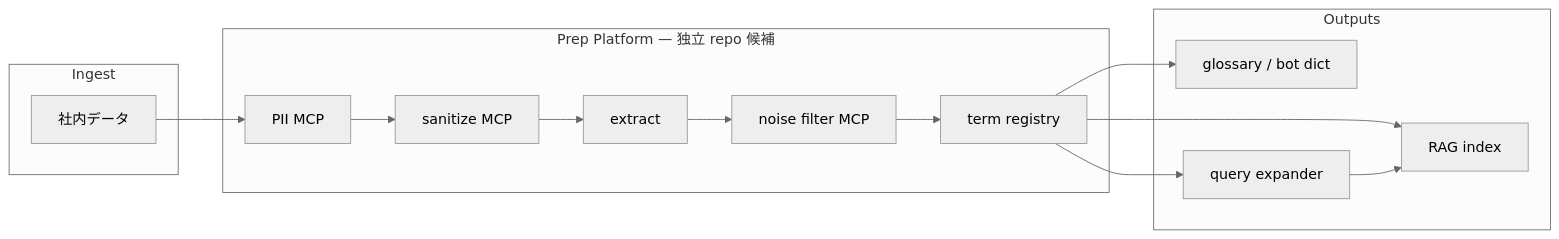
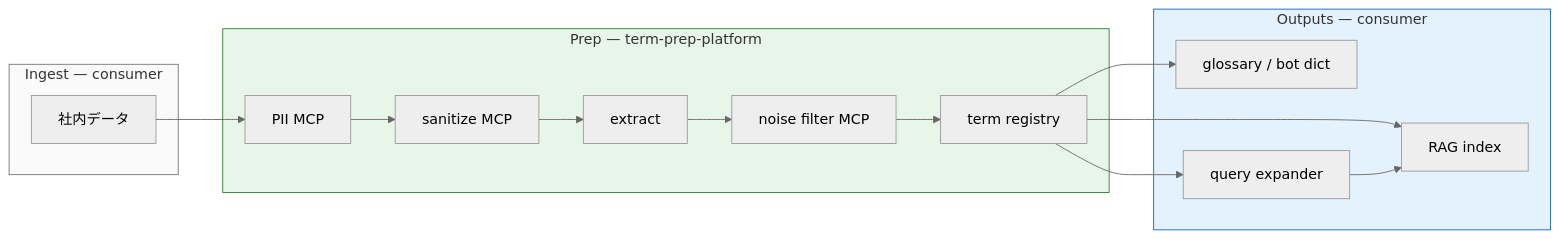
One commit to wombat2006/term-prep-platform changed the diagram in meta/TO-BE-PLATFORM.md. Above: the diagram before and after it, drawn with Mermaid (neutral theme). The commit also changed other lines of this file and 8 other files, not shown here.

First line of the commit message:
docs: document platform scope and update UML diagrams

````diff
--- a/meta/TO-BE-PLATFORM.md
+++ b/meta/TO-BE-PLATFORM.md
@@ -23,23 +36,27 @@
 ```mermaid
 flowchart LR
-  subgraph ingest [Ingest]
+  subgraph ingest ["Ingest — consumer"]
     D[社内データ]
   end
-  subgraph prep [Prep Platform — 独立 repo 候補]
+  subgraph prep ["Prep — term-prep-platform"]
     PII[PII MCP]
     SAN[sanitize MCP]
     EXT[extract]
     NF[noise filter MCP]
     REG[term registry]
   end
-  subgraph out [Outputs]
+  subgraph out ["Outputs — consumer"]
     RAG[RAG index]
     GLO[glossary / bot dict]
     QX[query expander]
   end
   D --> PII --> SAN --> EXT --> NF --> REG
   REG --> RAG
   REG --> GLO
   REG --> QX
   QX --> RAG
+
+  style prep fill:#e8f5e9,stroke:#2e7d32
+  style out fill:#e3f2fd,stroke:#1565c0
+  style ingest fill:#fafafa,stroke:#757575
 ```
````
